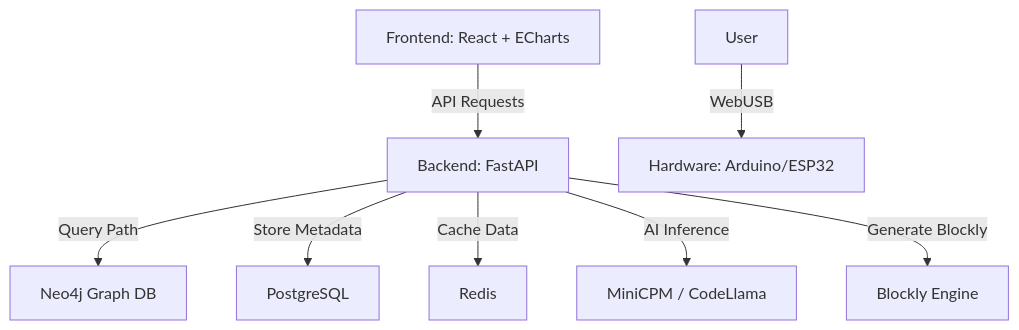
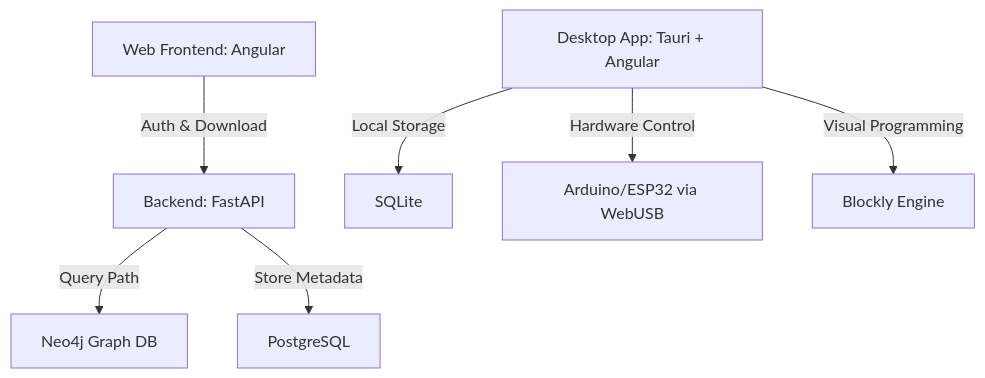
Before and after one commit to MatuX-ai/OpenMtSciED: the diagram in docs/ARCHITECTURE.md, drawn with Mermaid. The commit also changed other lines of this file and 315 other files, not shown here.

````diff
--- a/docs/ARCHITECTURE.md
+++ b/docs/ARCHITECTURE.md
@@ -3,10 +3,9 @@
 ```mermaid
 graph TD
-    A[Frontend: React + ECharts] -->|API Requests| B[Backend: FastAPI]
+    A[Web Frontend: Angular] -->|Auth & Download| B[Backend: FastAPI]
     B -->|Query Path| C[Neo4j Graph DB]
     B -->|Store Metadata| D[PostgreSQL]
-    B -->|Cache Data| E[Redis]
-    B -->|AI Inference| F[MiniCPM / CodeLlama]
-    G[User] -->|WebUSB| H[Hardware: Arduino/ESP32]
-    B -->|Generate Blockly| I[Blockly Engine]
+    E[Desktop App: Tauri + Angular] -->|Local Storage| F[SQLite]
+    E -->|Hardware Control| G[Arduino/ESP32 via WebUSB]
+    E -->|Visual Programming| H[Blockly Engine]
 ```
````
